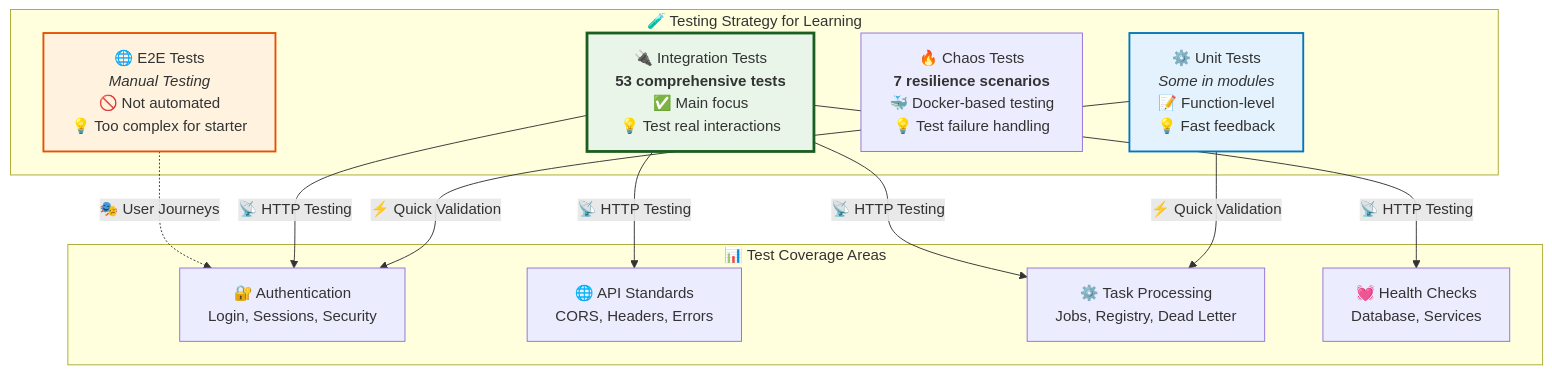
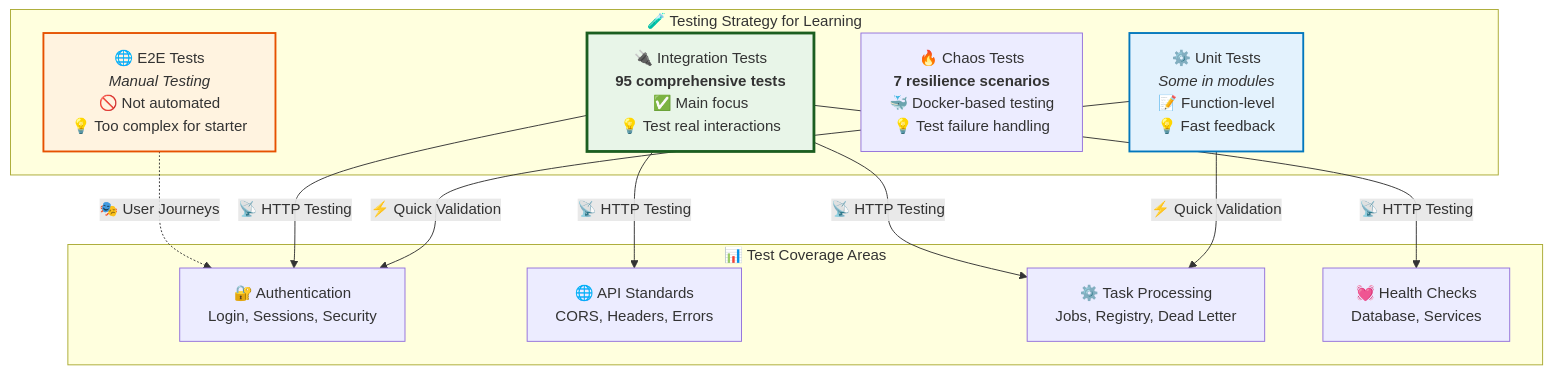
One commit to quanhua92/rust-fullstack-starter changed the second of 2 diagrams in docs/guides/08-testing.md. Above: the diagram before and after it, drawn with Mermaid. The commit also changed other lines of this file and 42 other files, not shown here.

````diff
--- a/docs/guides/08-testing.md
+++ b/docs/guides/08-testing.md
@@ -99,35 +99,35 @@
 ```mermaid
 graph TD
     subgraph "🧪 Testing Strategy for Learning"
         E2E[🌐 E2E Tests<br/><i>Manual Testing</i><br/>🚫 Not automated<br/>💡 Too complex for starter]
         
-        INTEGRATION[🔌 Integration Tests<br/><b>53 comprehensive tests</b><br/>✅ Main focus<br/>💡 Test real interactions]
+        INTEGRATION[🔌 Integration Tests<br/><b>95 comprehensive tests</b><br/>✅ Main focus<br/>💡 Test real interactions]
         
         CHAOS[🔥 Chaos Tests<br/><b>7 resilience scenarios</b><br/>🐳 Docker-based testing<br/>💡 Test failure handling]
         
         UNIT[⚙️ Unit Tests<br/><i>Some in modules</i><br/>📝 Function-level<br/>💡 Fast feedback]
     end
     
     subgraph "📊 Test Coverage Areas"
         AUTH_T[🔐 Authentication<br/>Login, Sessions, Security]
         API_T[🌐 API Standards<br/>CORS, Headers, Errors]
         TASK_T[⚙️ Task Processing<br/>Jobs, Registry, Dead Letter]
         HEALTH_T[💓 Health Checks<br/>Database, Services]
     end
     
     E2E -.->|🎭 User Journeys| AUTH_T
     INTEGRATION -->|📡 HTTP Testing| AUTH_T
     INTEGRATION -->|📡 HTTP Testing| API_T
     INTEGRATION -->|📡 HTTP Testing| TASK_T
     INTEGRATION -->|📡 HTTP Testing| HEALTH_T
     UNIT -->|⚡ Quick Validation| AUTH_T
     UNIT -->|⚡ Quick Validation| TASK_T
     
     classDef focusBox fill:#e8f5e8,stroke:#1b5e20,stroke-width:3px
     classDef supportBox fill:#e3f2fd,stroke:#0277bd,stroke-width:2px
     classDef manualBox fill:#fff3e0,stroke:#e65100,stroke-width:2px
     
     class INTEGRATION focusBox
     class UNIT supportBox
     class E2E manualBox
 ```
````
